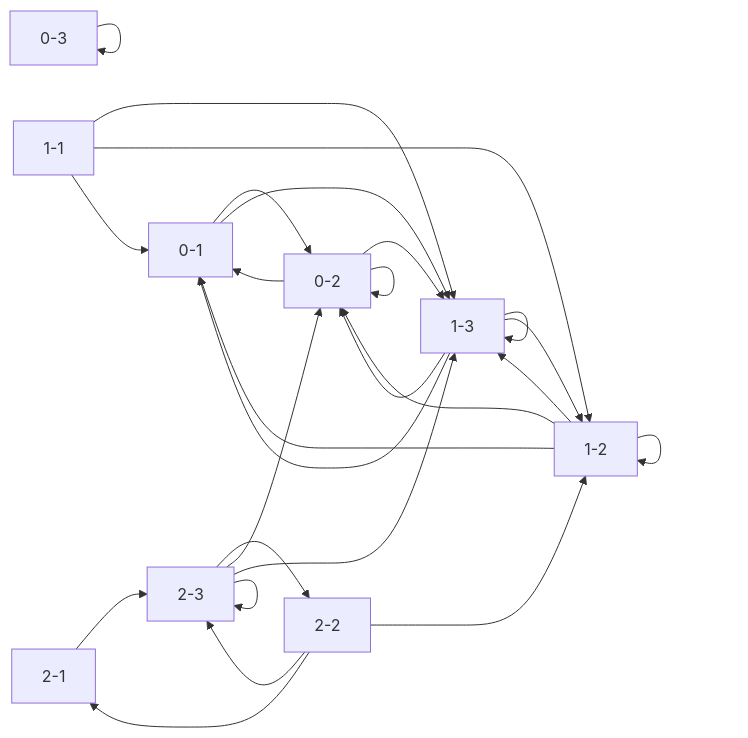
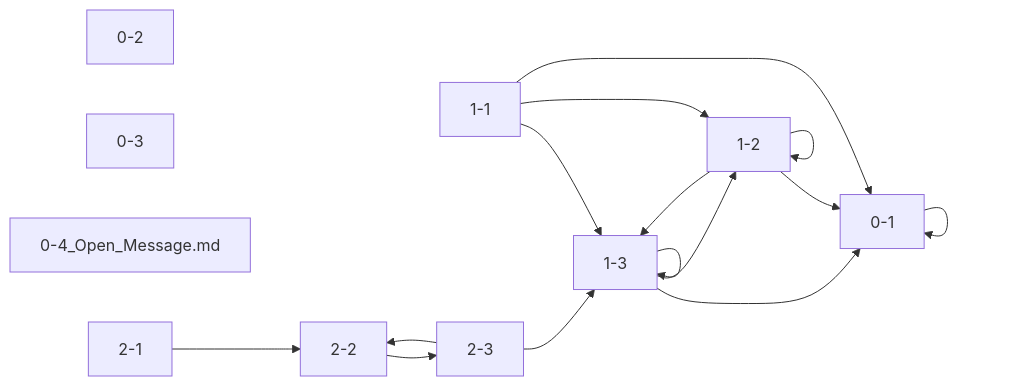
The diagram in tools/ref_graph.mmd (formkk/Ashport_Ourdream), drawn with Mermaid before and after one commit. The commit also changed 9 other files, not shown here.

```diff
--- a/tools/ref_graph.mmd
+++ b/tools/ref_graph.mmd
@@ -1,38 +1,28 @@
 graph LR
     0-1["0-1"]
     0-2["0-2"]
     0-3["0-3"]
+    0-4_Open_Message.md["0-4_Open_Message.md"]
     1-1["1-1"]
     1-2["1-2"]
     1-3["1-3"]
     2-1["2-1"]
     2-2["2-2"]
     2-3["2-3"]
 
-    0-1 --> 0-2
-    0-1 --> 1-3
-    0-2 --> 0-2
-    0-2 --> 0-1
-    0-2 --> 1-3
-    0-3 --> 0-3
+    0-1 --> 0-1
     1-1 --> 1-3
     1-1 --> 1-2
     1-1 --> 0-1
     1-2 --> 1-3
-    1-2 --> 0-2
+    1-2 --> 0-1
     1-2 --> 1-2
-    1-2 --> 0-1
     1-3 --> 1-3
+    1-3 --> 0-1
     1-3 --> 1-2
-    1-3 --> 0-2
-    1-3 --> 0-1
-    2-1 --> 2-3
+    2-1 --> 2-2
     2-2 --> 2-3
-    2-2 --> 2-1
-    2-2 --> 1-2
-    2-3 --> 2-3
     2-3 --> 2-2
-    2-3 --> 0-2
     2-3 --> 1-3
 
 %% 断链引用
```
